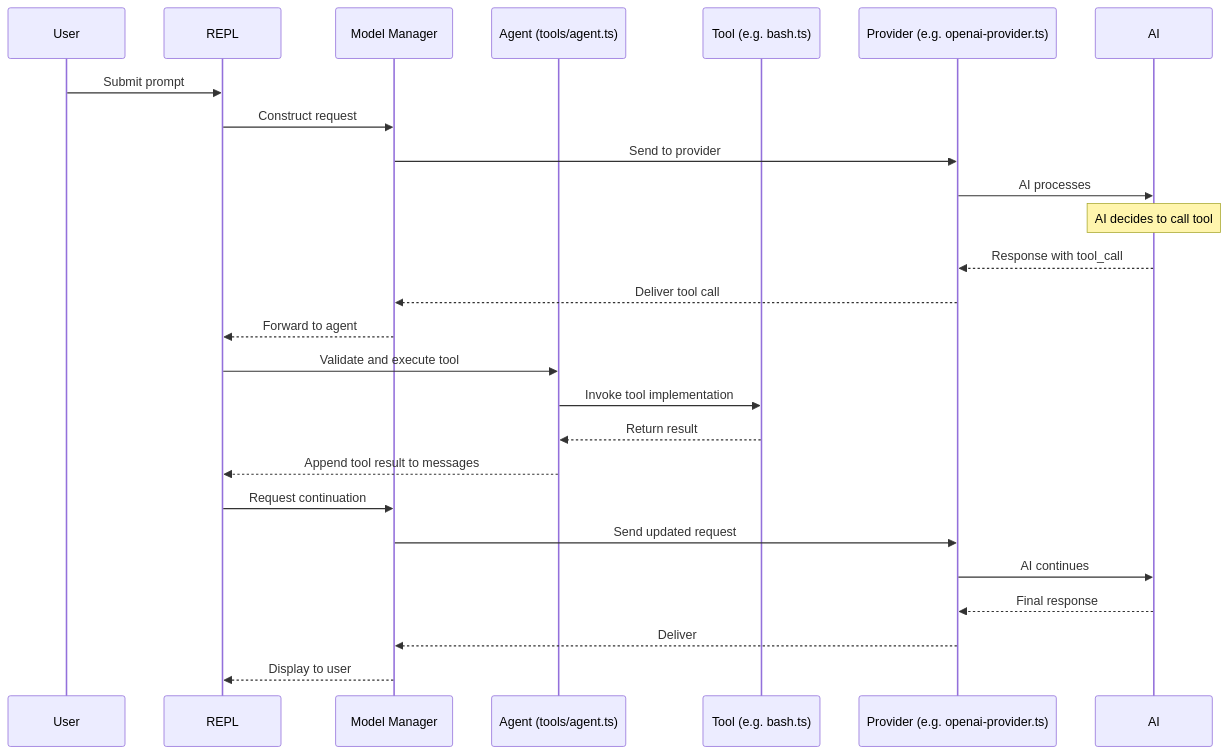
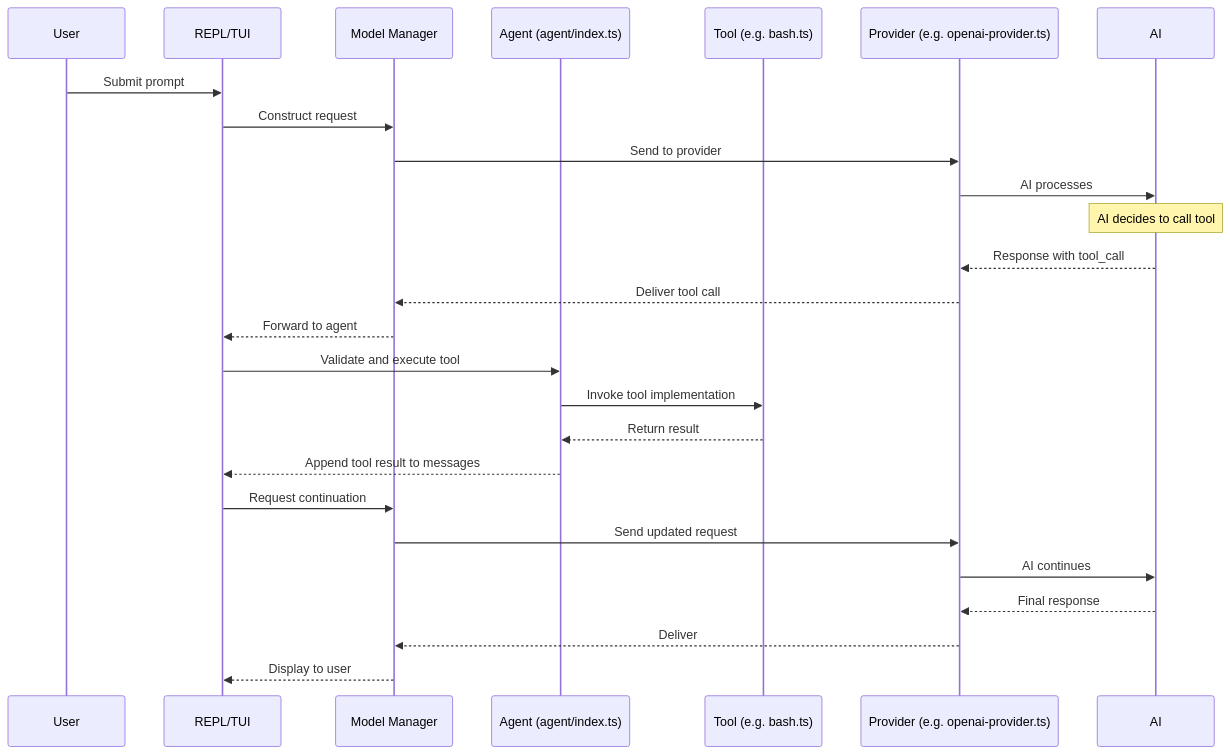
Before and after one commit to travisennis/acai-ts: the third of 5 diagrams in ARCHITECTURE.md, drawn with Mermaid. The commit also changed other lines of this file and 2 other files, not shown here.

````diff
--- a/ARCHITECTURE.md
+++ b/ARCHITECTURE.md
@@ -413,28 +507,28 @@
 ```mermaid
 sequenceDiagram
   participant U as User
-  participant R as REPL
+  participant R as REPL/TUI
   participant M as Model Manager
-  participant A as Agent (tools/agent.ts)
+  participant A as Agent (agent/index.ts)
   participant T as Tool (e.g. bash.ts)
   participant P as Provider (e.g. openai-provider.ts)
 
   U->>R: Submit prompt
   R->>M: Construct request
   M->>P: Send to provider
   P->>AI: AI processes
   Note over AI: AI decides to call tool
   AI-->>P: Response with tool_call
   P-->>M: Deliver tool call
   M-->>R: Forward to agent
   R->>A: Validate and execute tool
   A->>T: Invoke tool implementation
   T-->>A: Return result
   A-->>R: Append tool result to messages
   R->>M: Request continuation
   M->>P: Send updated request
   P->>AI: AI continues
   AI-->>P: Final response
   P-->>M: Deliver
   M-->>R: Display to user
 ```
````
